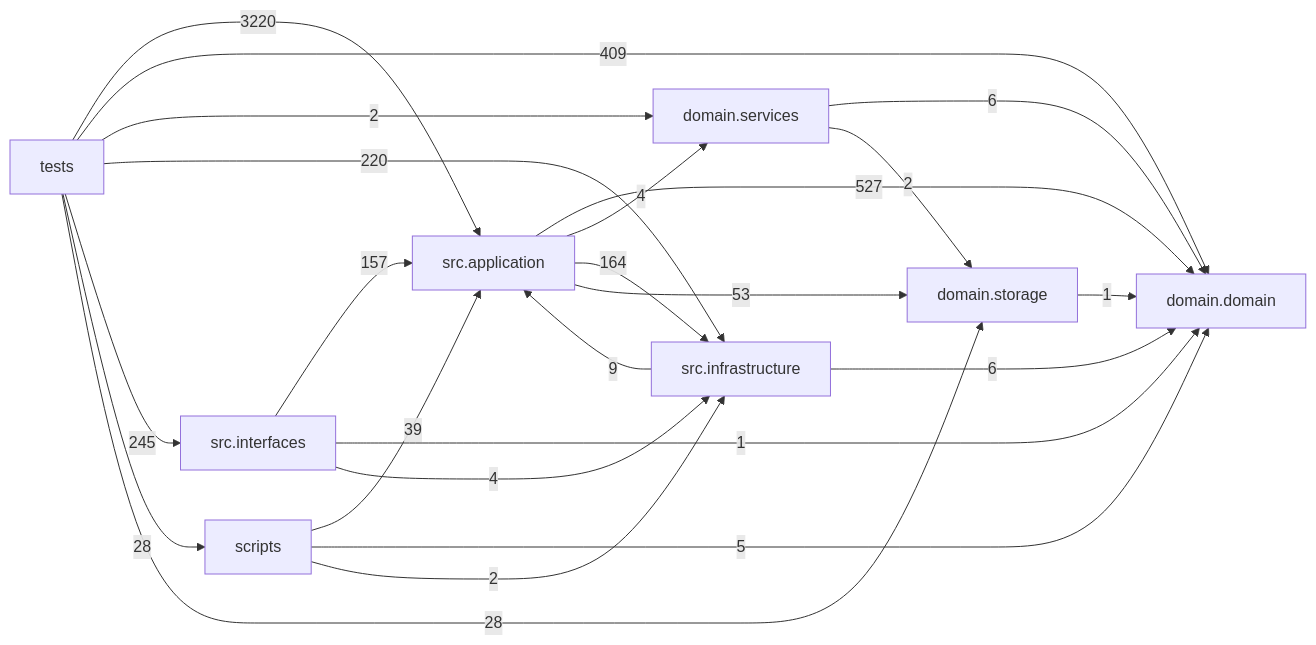
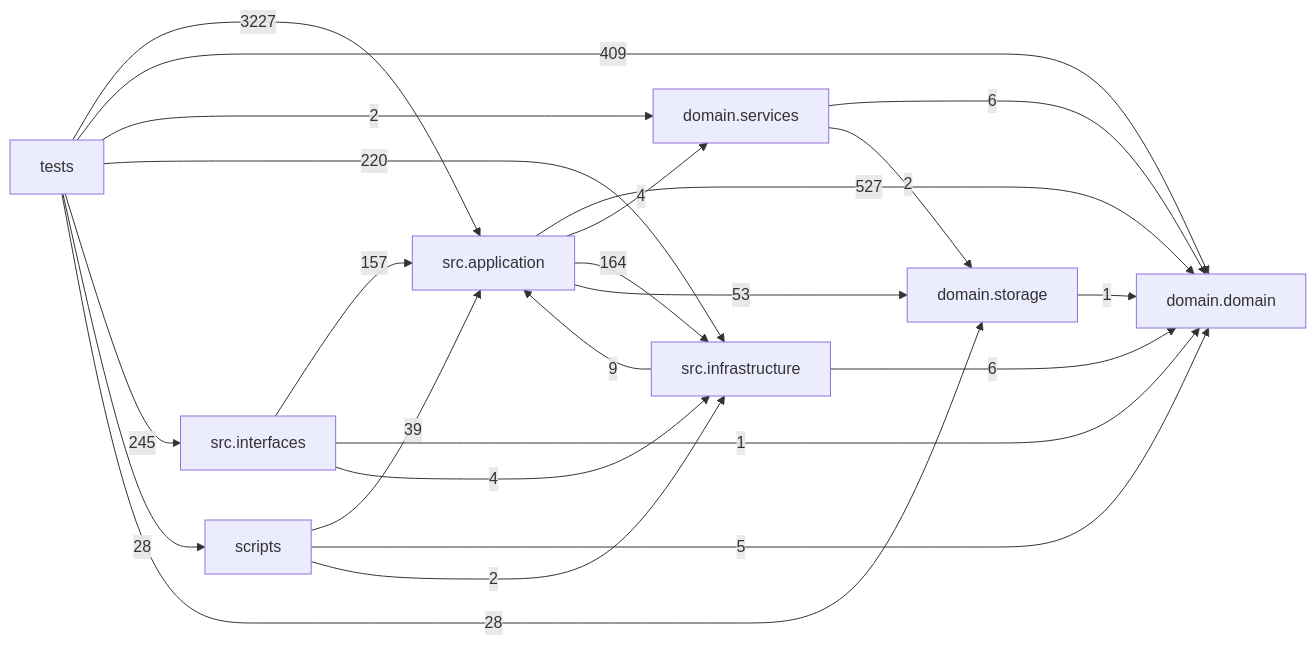
One commit to liuxie066/options-monitor changed the diagram in docs/DEPENDENCY_GRAPH.md. Above: the diagram before and after it, drawn with Mermaid. The commit also changed other lines of this file and 7 other files, not shown here.

````diff
--- a/docs/DEPENDENCY_GRAPH.md
+++ b/docs/DEPENDENCY_GRAPH.md
@@ -24,33 +24,33 @@
 ```mermaid
 flowchart LR
   tests["tests"]
   scripts["scripts"]
   interfaces["src.interfaces"]
   application["src.application"]
   infrastructure["src.infrastructure"]
   domain_services["domain.services"]
   domain["domain.domain"]
   storage["domain.storage"]
   application -->|527| domain
   application -->|4| domain_services
   application -->|164| infrastructure
   application -->|53| storage
   domain_services -->|6| domain
   domain_services -->|2| storage
   infrastructure -->|9| application
   infrastructure -->|6| domain
   interfaces -->|157| application
   interfaces -->|1| domain
   interfaces -->|4| infrastructure
   scripts -->|39| application
   scripts -->|5| domain
   scripts -->|2| infrastructure
   storage -->|1| domain
-  tests -->|3220| application
+  tests -->|3227| application
   tests -->|409| domain
   tests -->|2| domain_services
   tests -->|220| infrastructure
   tests -->|245| interfaces
   tests -->|28| scripts
   tests -->|28| storage
 ```
````
